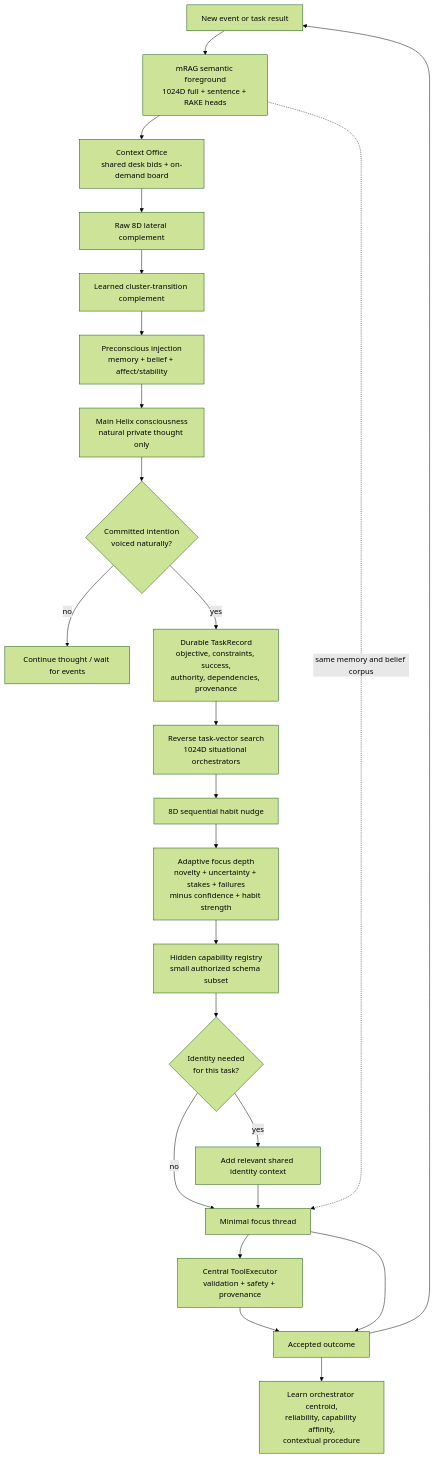
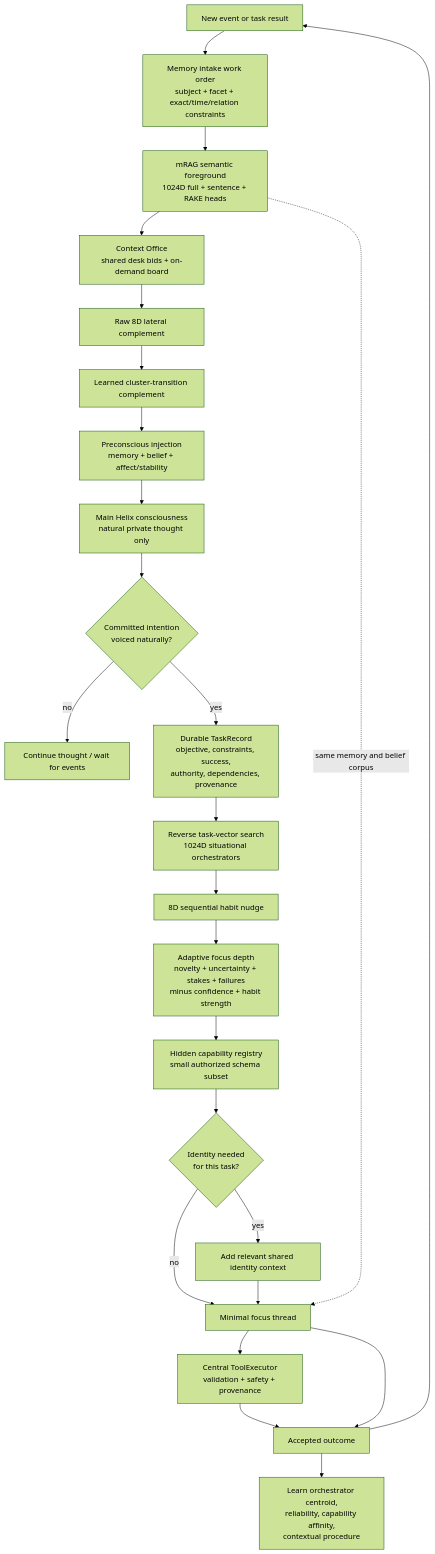
Before and after one commit to munch2u-a11y/Helix-AGI: the diagram in documents/task_cognition_pipeline.md, drawn with Mermaid (forest theme). The commit also changed 18 other files, not shown here.

Commit message:
feat: add memory intake work orders

````diff
--- a/documents/task_cognition_pipeline.md
+++ b/documents/task_cognition_pipeline.md
@@ -9,29 +9,30 @@
 ```mermaid
 flowchart TD
-    E[New event or task result] --> R[mRAG semantic foreground<br/>1024D full + sentence + RAKE heads]
+    E[New event or task result] --> W[Memory intake work order<br/>subject + facet + exact/time/relation constraints]
+    W --> R[mRAG semantic foreground<br/>1024D full + sentence + RAKE heads]
     R --> B[Context Office<br/>shared desk bids + on-demand board]
     B --> S[Raw 8D lateral complement]
     S --> A[Learned cluster-transition complement]
     A --> P[Preconscious injection<br/>memory + belief + affect/stability]
     P --> M[Main Helix consciousness<br/>natural private thought only]
 
     M --> I{Committed intention<br/>voiced naturally?}
     I -- no --> C[Continue thought / wait for events]
     I -- yes --> T[Durable TaskRecord<br/>objective, constraints, success,<br/>authority, dependencies, provenance]
 
     T --> V[Reverse task-vector search<br/>1024D situational orchestrators]
     V --> H[8D sequential habit nudge]
     H --> D[Adaptive focus depth<br/>novelty + uncertainty + stakes + failures<br/>minus confidence + habit strength]
     D --> K[Hidden capability registry<br/>small authorized schema subset]
     K --> G{Identity needed<br/>for this task?}
     G -- no --> F[Minimal focus thread]
     G -- yes --> J[Add relevant shared identity context]
     J --> F
 
     R -. same memory and belief corpus .-> F
     F --> X[Central ToolExecutor<br/>validation + safety + provenance]
     X --> O[Accepted outcome]
     F --> O
     O --> L[Learn orchestrator centroid,<br/>reliability, capability affinity,<br/>contextual procedure]
     O --> E
 ```
````
